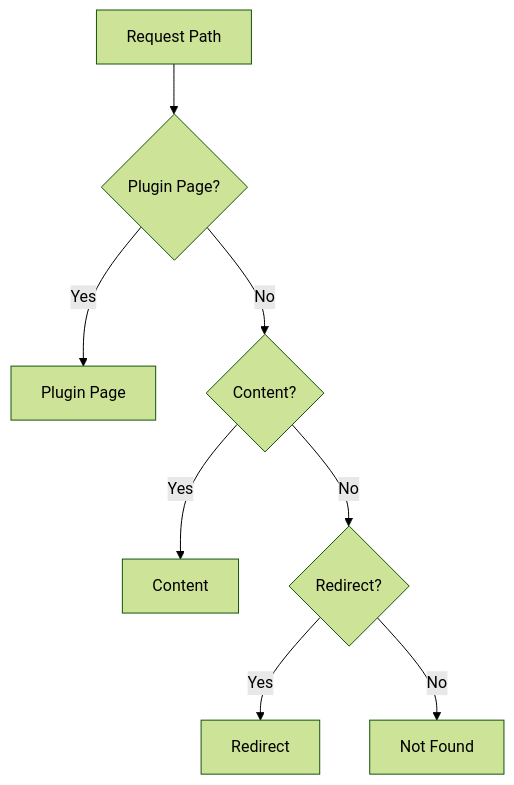
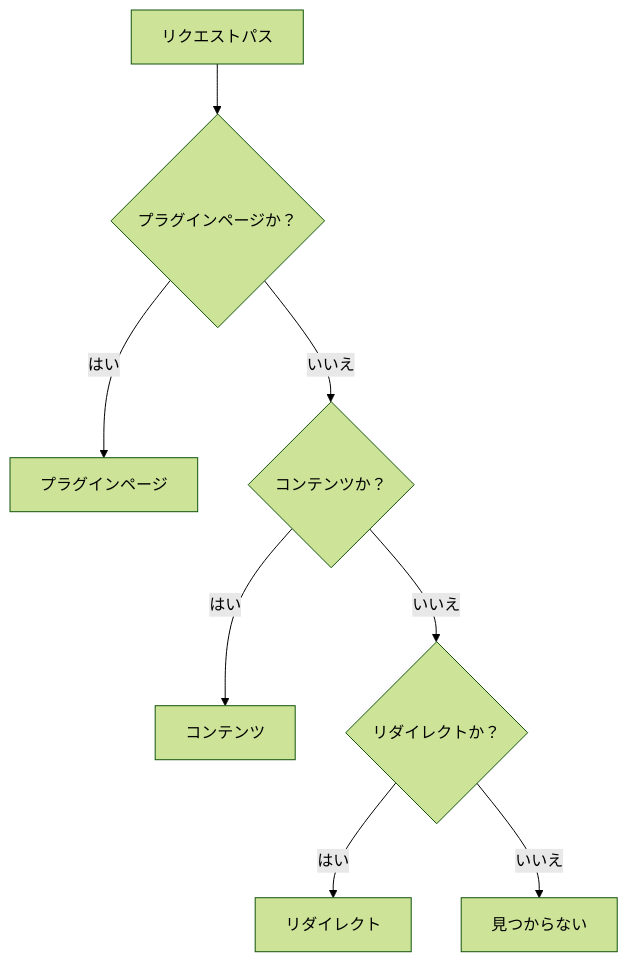
Before and after one commit to Rerurate514/riebeckite: the third of 4 diagrams in docs/docs/framework/honox-integration.ja.md, drawn with Mermaid (forest theme). The commit also changed other lines of this file and 310 other files, not shown here.

````diff
--- a/docs/docs/framework/honox-integration.ja.md
+++ b/docs/docs/framework/honox-integration.ja.md
@@ -255,19 +235,19 @@
 ```mermaid
 flowchart TD
-    A["Request Path"]
-    B{"Plugin Page?"}
-    C["Plugin Page"]
-    D{"Content?"}
-    E["Content"]
-    F{"Redirect?"}
-    G["Redirect"]
-    H["Not Found"]
+    A["リクエストパス"]
+    B{"プラグインページか？"}
+    C["プラグインページ"]
+    D{"コンテンツか？"}
+    E["コンテンツ"]
+    F{"リダイレクトか？"}
+    G["リダイレクト"]
+    H["見つからない"]
 
     A --> B
-    B -->|Yes| C
-    B -->|No| D
-    D -->|Yes| E
-    D -->|No| F
-    F -->|Yes| G
-    F -->|No| H
+    B -->|はい| C
+    B -->|いいえ| D
+    D -->|はい| E
+    D -->|いいえ| F
+    F -->|はい| G
+    F -->|いいえ| H
 ```
````
